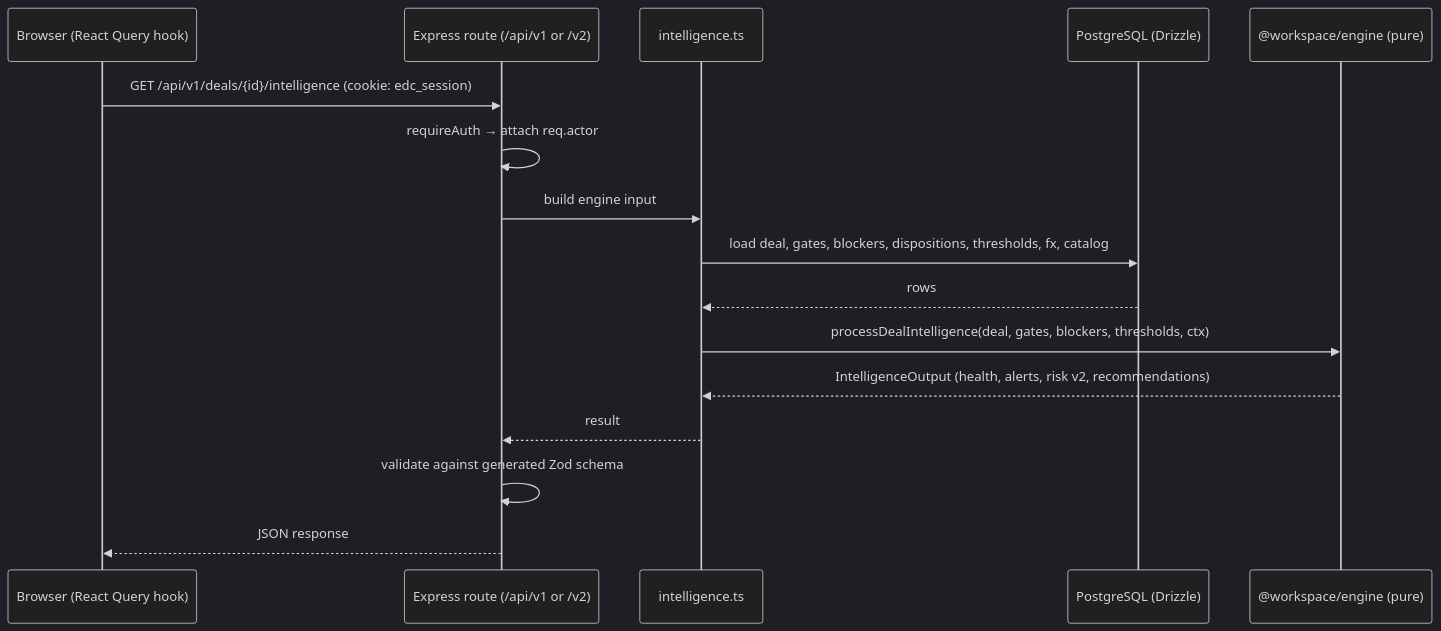
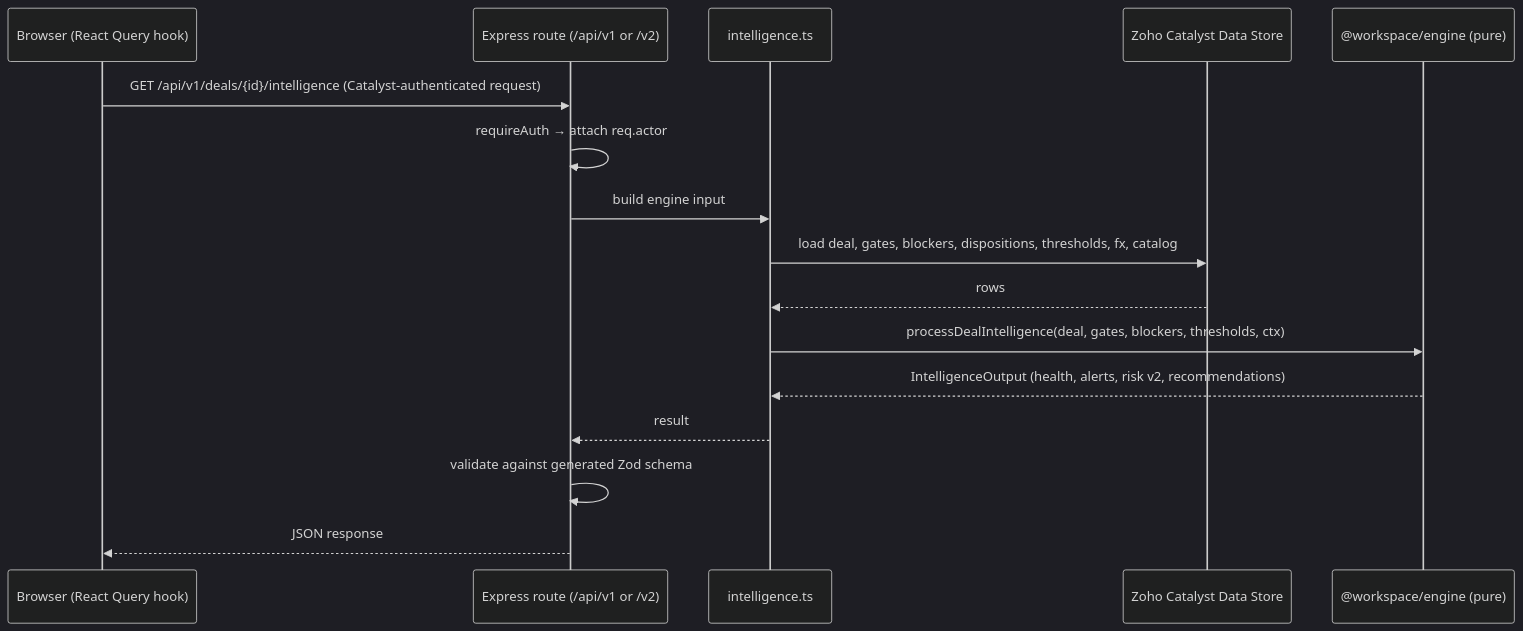
Before and after one commit to dwaipayan-g-6158/enterprise-deal-commander: the second of 4 diagrams in docs/architecture.md, drawn with Mermaid (dark theme). The commit also changed other lines of this file and 2 other files, not shown here.

Commit message:
docs: fix architecture/data-model docs' Postgres/Drizzle staleness post-Catalyst-migration

````diff
--- a/docs/architecture.md
+++ b/docs/architecture.md
@@ -77,19 +93,19 @@
 ```mermaid
 sequenceDiagram
     participant B as Browser (React Query hook)
     participant R as Express route (/api/v1 or /v2)
     participant I as intelligence.ts
-    participant DB as PostgreSQL (Drizzle)
+    participant DB as Zoho Catalyst Data Store
     participant E as @workspace/engine (pure)
 
-    B->>R: GET /api/v1/deals/{id}/intelligence (cookie: edc_session)
+    B->>R: GET /api/v1/deals/{id}/intelligence (Catalyst-authenticated request)
     R->>R: requireAuth → attach req.actor
     R->>I: build engine input
     I->>DB: load deal, gates, blockers, dispositions, thresholds, fx, catalog
     DB-->>I: rows
     I->>E: processDealIntelligence(deal, gates, blockers, thresholds, ctx)
     E-->>I: IntelligenceOutput (health, alerts, risk v2, recommendations)
     I-->>R: result
     R->>R: validate against generated Zod schema
     R-->>B: JSON response
 ```
````
